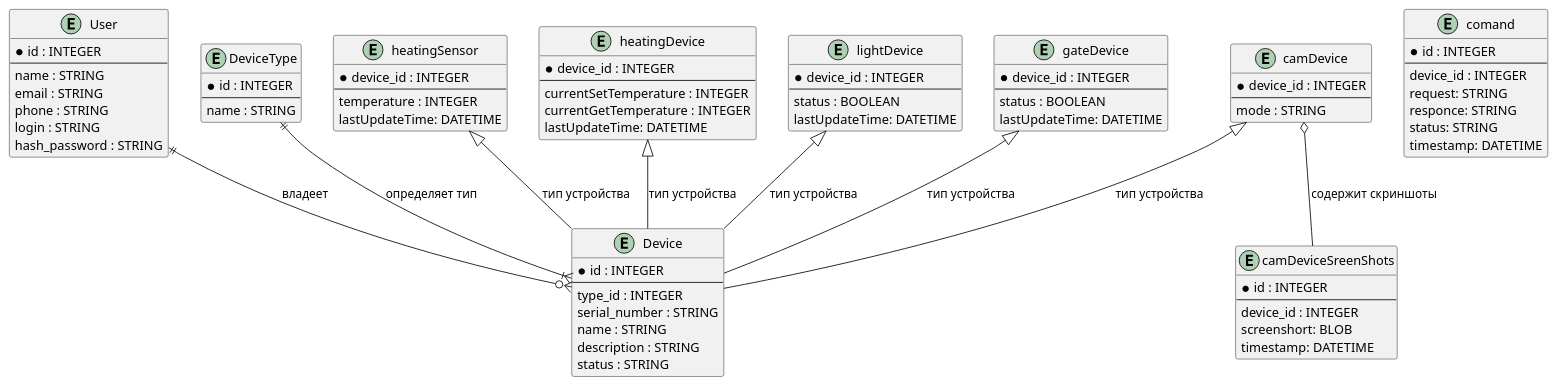
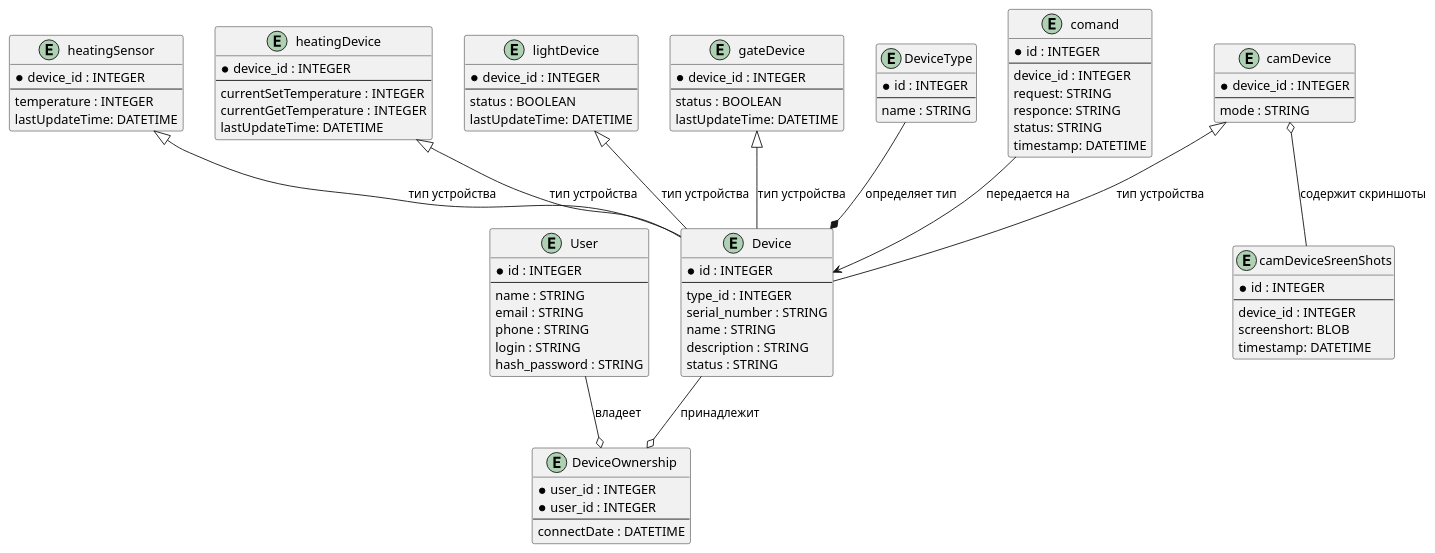
One commit to FazliakhmetovTimur/architecture-sprint-3 changed the diagram in diagrams/tobe/er/entities.puml. Above: the diagram before and after it, drawn with PlantUML.

Commit message:
Добавлена промежутосчная таблица для связи Пользователя и Устройства. Внесены корректировки связей.

```diff
--- a/diagrams/tobe/er/entities.puml
+++ b/diagrams/tobe/er/entities.puml
@@ -1,92 +1,101 @@
 @startuml
 
 entity User {
     *id : INTEGER
     --
     name : STRING
     email : STRING
     phone : STRING
     login : STRING
     hash_password : STRING
 }
 
 
 entity Device {
     *id : INTEGER
     --
     type_id : INTEGER
     serial_number : STRING
     name : STRING
     description : STRING
     status : STRING
+}
+
+entity DeviceOwnership {
+    *user_id : INTEGER
+    *user_id : INTEGER
+    --
+    connectDate : DATETIME
 }
 
 entity DeviceType {
     *id : INTEGER
     --
     name : STRING
 }
 
 entity heatingSensor {
     *device_id : INTEGER
     --
     temperature : INTEGER
     lastUpdateTime: DATETIME
 }
 
 entity heatingDevice {
     *device_id : INTEGER
     --
     currentSetTemperature : INTEGER    
     currentGetTemperature : INTEGER
     lastUpdateTime: DATETIME    
 }
 
 entity lightDevice {
     *device_id : INTEGER
     --
     status : BOOLEAN
     lastUpdateTime: DATETIME
 }
 
 entity gateDevice {
     *device_id : INTEGER
     --
     status : BOOLEAN
     lastUpdateTime: DATETIME
 }
 
 entity camDevice {
     *device_id : INTEGER
     --
     mode : STRING
 }
 
 entity camDeviceSreenShots {
     *id : INTEGER
     --
     device_id : INTEGER
     screenshort: BLOB
     timestamp: DATETIME
 }
 
 entity comand {
     *id : INTEGER
     --
     device_id : INTEGER
     request: STRING
     responce: STRING
     status: STRING
     timestamp: DATETIME
 }
 
-User ||--o{ Device : "владеет"
-DeviceType ||--|{ Device : "определяет тип"
+User --o DeviceOwnership : "владеет"
+Device --o DeviceOwnership : "принадлежит"
+DeviceType --* Device : "определяет тип"
 heatingSensor <|-- Device : "тип устройства"
 heatingDevice <|-- Device : "тип устройства"
 lightDevice <|-- Device : "тип устройства"
 gateDevice <|-- Device : "тип устройства"
 camDevice <|-- Device : "тип устройства"
 camDevice o-- camDeviceSreenShots : "содержит скриншоты"
+comand --> Device : "передается на"
 
 @enduml
```
